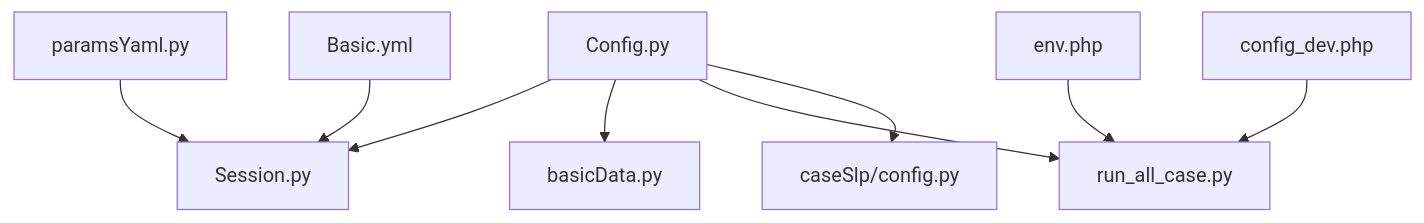
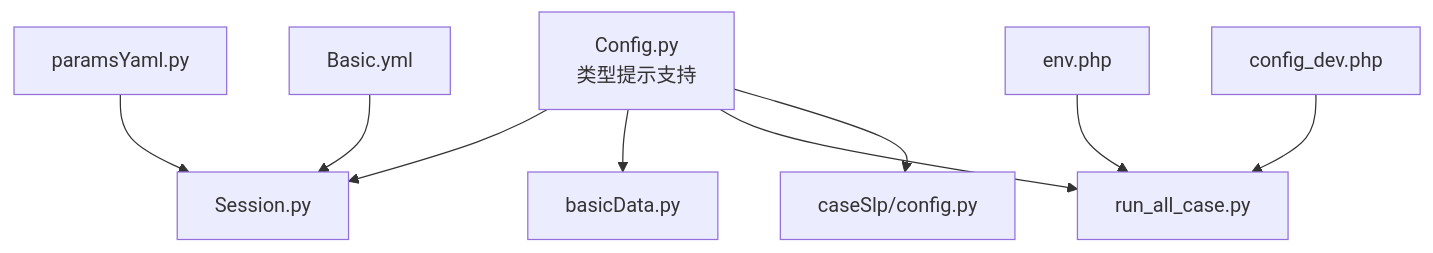
One commit to liximing1-ola/qa-payTest changed the seventh of 7 diagrams in .qoder/repowiki/zh/content/核心模块/配置管理模块.md. Above: the diagram before and after it, drawn with Mermaid. The commit also changed other lines of this file and 14 other files, not shown here.

````diff
--- a/.qoder/repowiki/zh/content/核心模块/配置管理模块.md
+++ b/.qoder/repowiki/zh/content/核心模块/配置管理模块.md
@@ -252,11 +262,11 @@
 ```mermaid
 graph TB
-Config["Config.py"] --> Session["Session.py"]
+Config["Config.py<br/>类型提示支持"] --> Session["Session.py"]
 Config --> BasicData["basicData.py"]
 Config --> RunAll["run_all_case.py"]
 Config --> CaseSlp["caseSlp/config.py"]
 ParamsYaml["paramsYaml.py"] --> Session
 BasicYml["Basic.yml"] --> Session
 EnvPhp["env.php"] --> RunAll
 PhpDevCfg["config_dev.php"] --> RunAll
 ```
````
